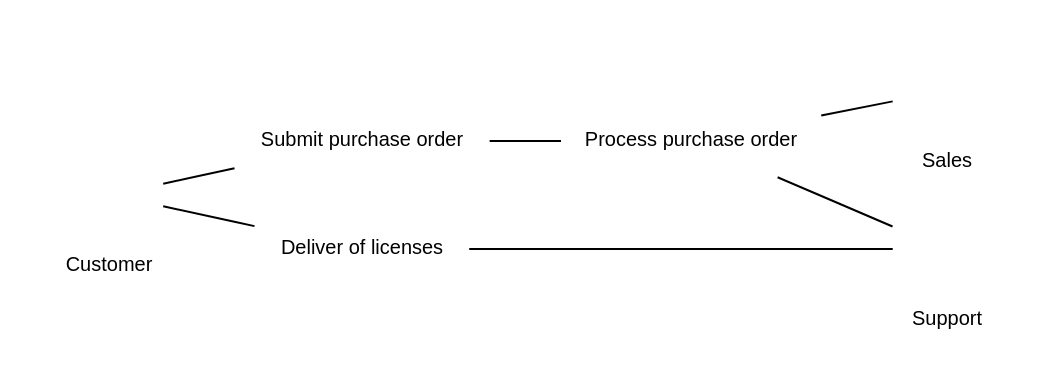
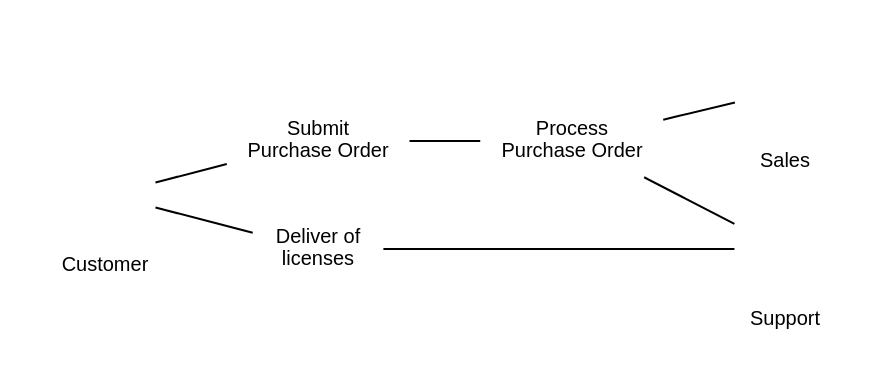
Before and after one commit to hean01/graphviz-uml: the diagram in examples/usecase1.gv, drawn with Graphviz.

Commit message:
Fixed size of actors and some line breaks.

```diff
--- a/examples/usecase1.gv
+++ b/examples/usecase1.gv
@@ -1,35 +1,34 @@
 digraph G {
 	/* basic setup */
 	rankdir = LR;
 	fontname="Helvetica";
 	fontsize="10";
 	edge [arrowhead=none];
-	node [shape=objective,peripheries=0,label="",fontname="Helvetica", fontsize="10"];
+	node [shape=objective, peripheries=0, label="", fontname="Helvetica", fontsize="10"];
 
 	/* Actors */
 	subgraph clusterCustomer {label="Customer"; labelloc="b"; peripheries=0;
-		 customer [shape=actor]; };
+		 customer [shape=actor, width=0.7, fixedsize=true];};
 
 	subgraph clusterSales {label="Sales"; labelloc="b"; peripheries=0;
-		 sales [shape=actor]; };
+		 sales [shape=actor, width=0.7, fixedsize=true];};
 
 	subgraph clusterSupport {label="Support"; labelloc="b"; peripheries=0;
-		 support [shape=actor]; };
+		 support [shape=actor, width=0.7, fixedsize=true];};
 
-	subgraph clusterEmployers {sales; support;}
+	/* Group Objectives */
 	subgraph clusterObjectives {order; process_po; deliv_licenses; peripheries=0;}
 
 	/* Objectives */
-	order [label="Submit purchase order"];
-	process_po [label="Process purchase order"];
-	deliv_licenses [label="Deliver of licenses"];
+	order [label="Submit\nPurchase Order"];
+	process_po [label="Process\nPurchase Order"];
+	deliv_licenses [label="Deliver of\nlicenses"];
 	
 	/* Relations */
 	customer->order
 	order->process_po
 	process_po->sales
 	process_po->support
 	support->deliv_licenses
 	deliv_licenses->customer
-
 }
```
